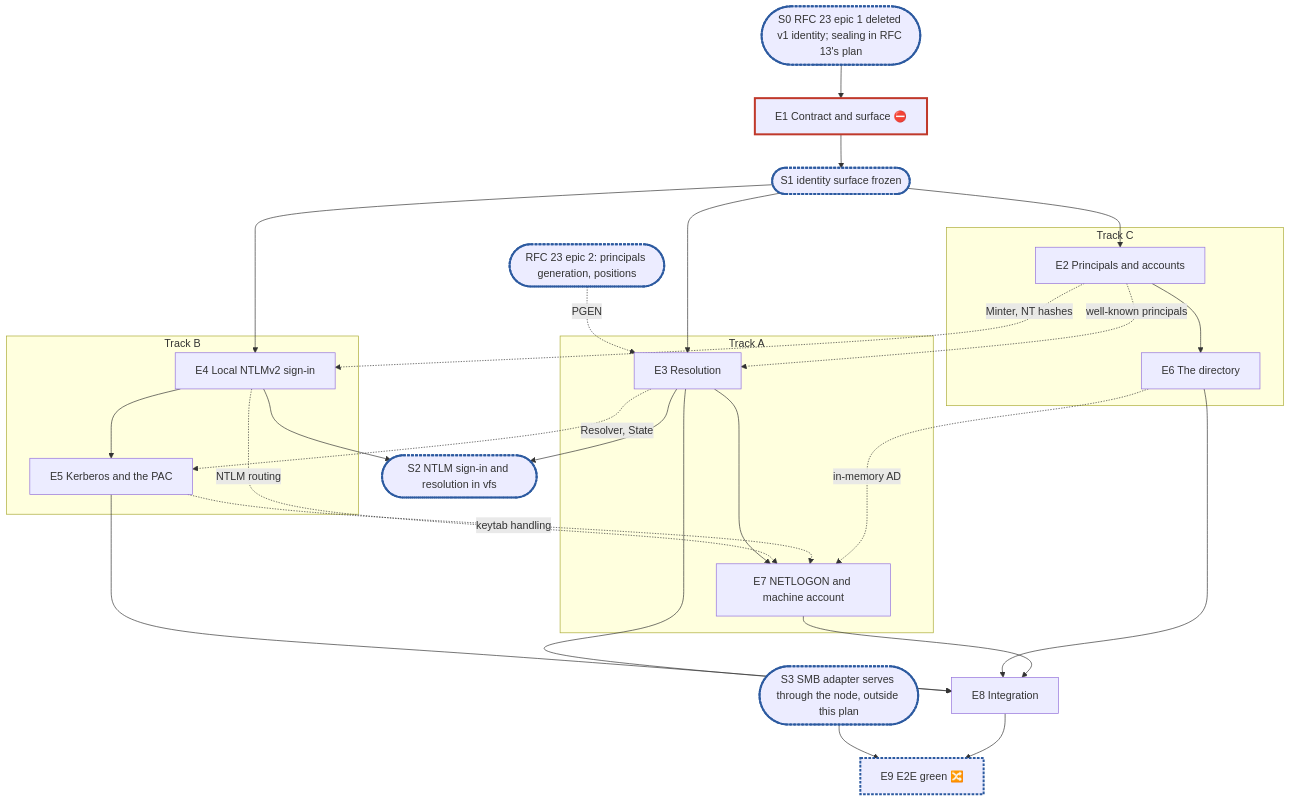
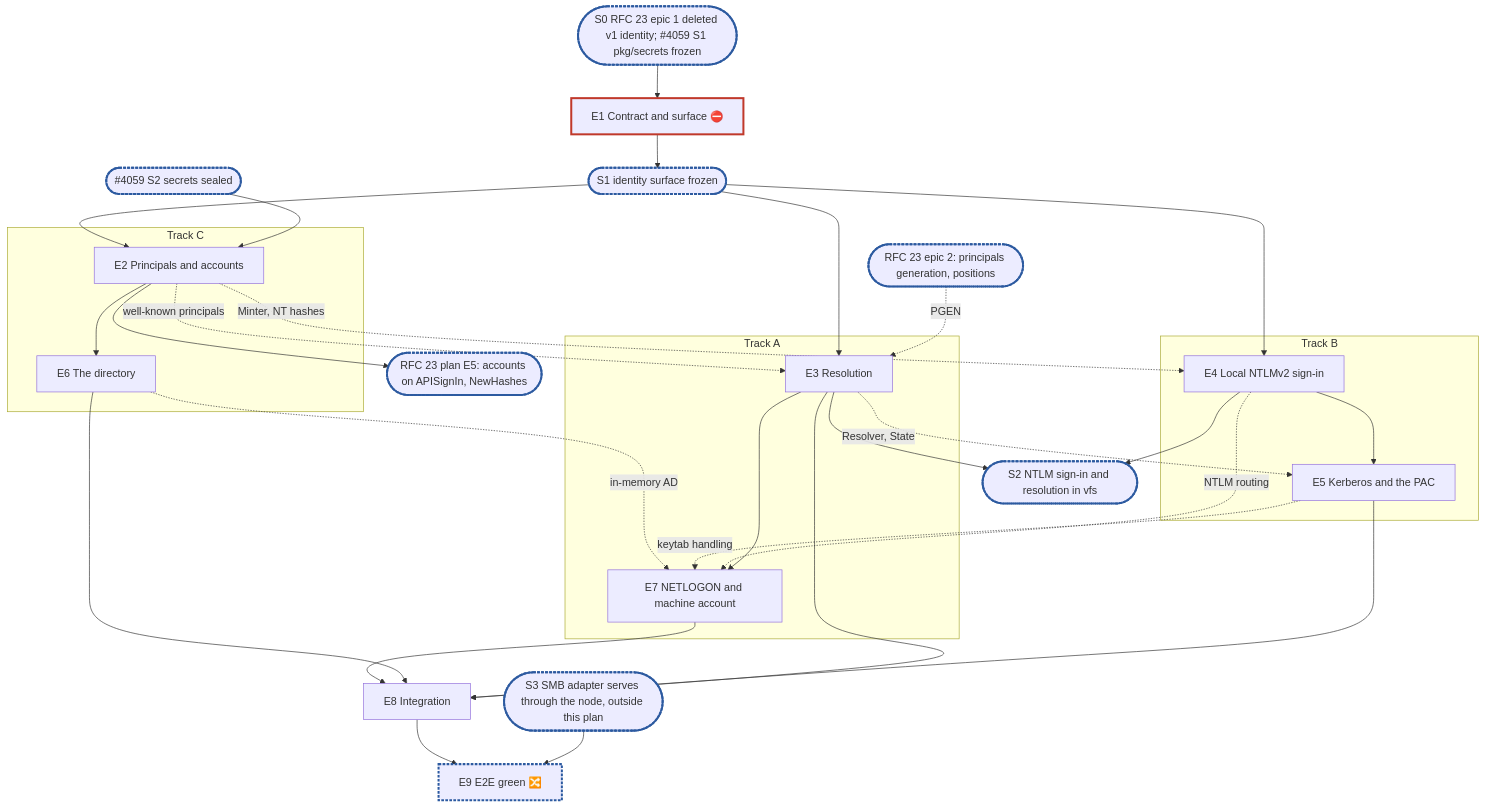
One commit to cubbit/dittofs changed the diagram in docs/internals/planning/rfc-18-identity-plan.md. Above: the diagram before and after it, drawn with Mermaid. The commit also changed other lines of this file and 4 other files, not shown here.

Commit message:
docs(planning): fold RFC 18 plan review: machine account keytab, ID counters, PAC check, coverage

````diff
--- a/docs/internals/planning/rfc-18-identity-plan.md
+++ b/docs/internals/planning/rfc-18-identity-plan.md
@@ -313,28 +330,30 @@
 ```mermaid
 flowchart TD
-  X0(["S0 RFC 23 epic 1 deleted v1 identity; sealing in RFC 13's plan"]):::sync --> E1["E1 Contract and surface ⛔"]:::blocker
+  X0(["S0 RFC 23 epic 1 deleted v1 identity; #4059 S1 pkg/secrets frozen"]):::sync --> E1["E1 Contract and surface ⛔"]:::blocker
+  X2(["#4059 S2 secrets sealed"]):::sync --> E2
   E1 --> S1(["S1 identity surface frozen"]):::sync
   X1(["RFC 23 epic 2: principals generation, positions"]):::sync -. "PGEN" .-> E3
   subgraph A["Track A"]
     E3["E3 Resolution"] --> E7["E7 NETLOGON and machine account"]
   end
   subgraph B["Track B"]
     E4["E4 Local NTLMv2 sign-in"] --> E5["E5 Kerberos and the PAC"]
   end
   subgraph C["Track C"]
     E2["E2 Principals and accounts"] --> E6["E6 The directory"]
   end
   S1 --> E2 & E3 & E4
+  E2 --> X3(["RFC 23 plan E5: accounts on APISignIn, NewHashes"]):::sync
   E2 -. "Minter, NT hashes" .-> E4
   E2 -. "well-known principals" .-> E3
   E3 -. "Resolver, State" .-> E5
   E4 -. "NTLM routing" .-> E7
   E5 -. "keytab handling" .-> E7
   E6 -. "in-memory AD" .-> E7
   E3 & E4 --> S2(["S2 NTLM sign-in and resolution in vfs"]):::sync
   E3 & E5 & E6 & E7 --> E8["E8 Integration"]
   S3(["S3 SMB adapter serves through the node, outside this plan"]):::sync --> E9["E9 E2E green 🔀"]:::sync
   E8 --> E9
   classDef blocker stroke:#c0392b,stroke-width:3px
   classDef sync stroke:#2c5aa0,stroke-width:3px,stroke-dasharray:4 2
 ```
````
